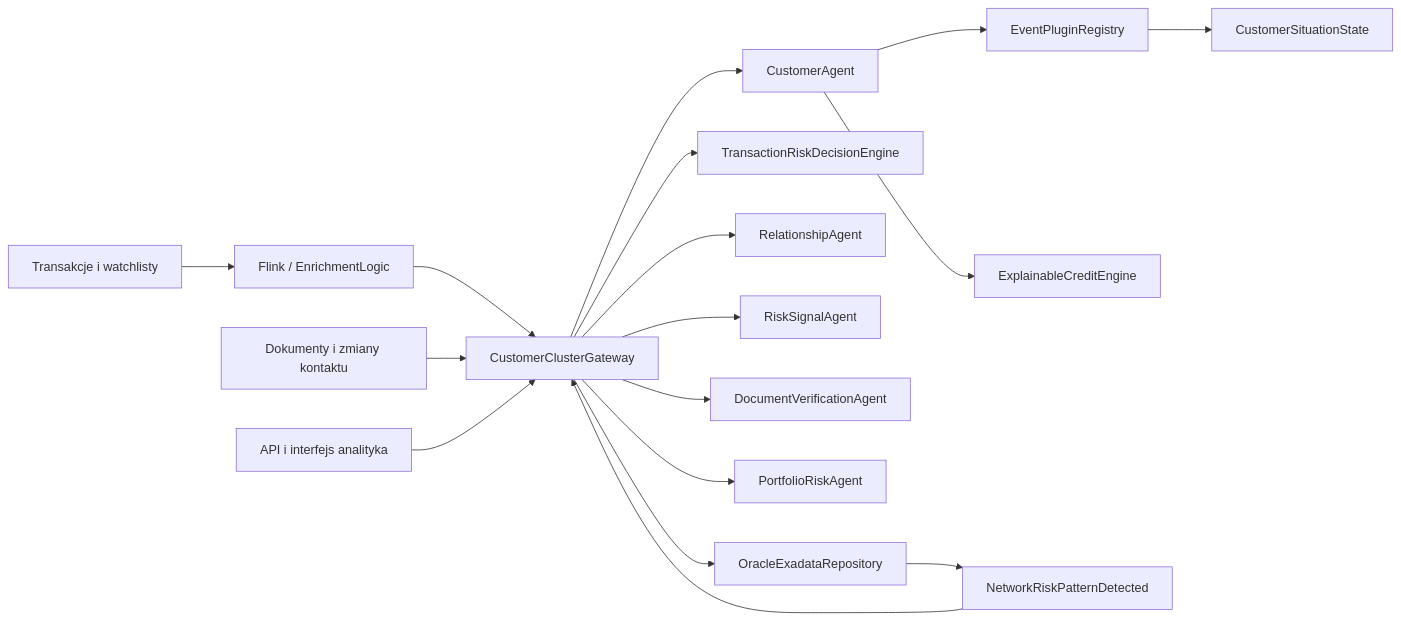
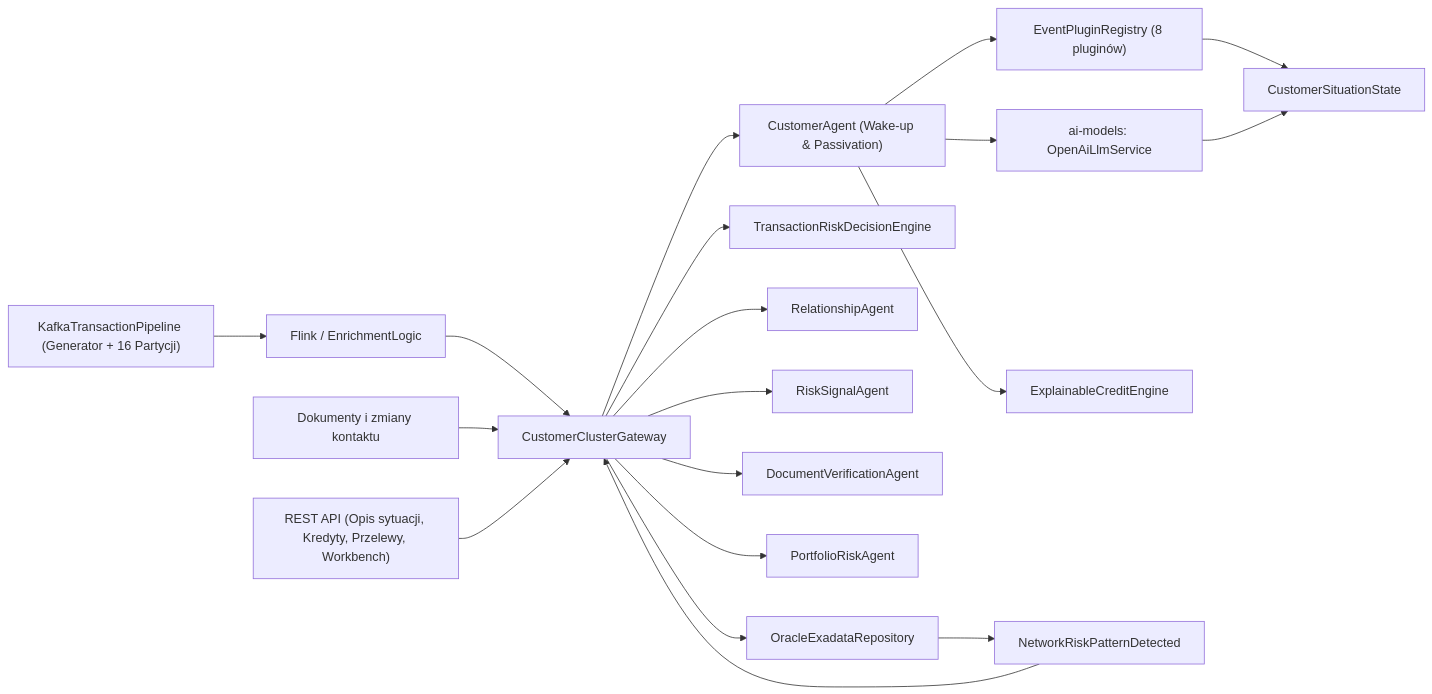
Before and after one commit to kkaduk/CustAgents: the first of 4 diagrams in Doc/Arch4+1Description.md, drawn with Mermaid. The commit also changed other lines of this file, not shown here.

````diff
--- a/Doc/Arch4+1Description.md
+++ b/Doc/Arch4+1Description.md
@@ -19,22 +19,24 @@
 ```mermaid
 flowchart LR
-    Raw["Transakcje i watchlisty"] --> Enrich["Flink / EnrichmentLogic"]
+    KafkaGen["KafkaTransactionPipeline (Generator + 16 Partycji)"] --> Enrich["Flink / EnrichmentLogic"]
     Enrich --> Gateway["CustomerClusterGateway"]
     Docs["Dokumenty i zmiany kontaktu"] --> Gateway
-    API["API i interfejs analityka"] --> Gateway
+    API["REST API (Opis sytuacji, Kredyty, Przelewy, Workbench)"] --> Gateway
 
-    Gateway --> Customer["CustomerAgent"]
-    Customer --> Plugins["EventPluginRegistry"]
+    Gateway --> Customer["CustomerAgent (Wake-up & Passivation)"]
+    Customer --> Plugins["EventPluginRegistry (8 pluginów)"]
     Plugins --> State["CustomerSituationState"]
+    Customer --> LLM["ai-models: OpenAiLlmService"]
+    LLM --> State
     Customer --> Credit["ExplainableCreditEngine"]
     Gateway --> Payment["TransactionRiskDecisionEngine"]
 
     Gateway --> Relation["RelationshipAgent"]
     Gateway --> Signal["RiskSignalAgent"]
     Gateway --> Document["DocumentVerificationAgent"]
     Gateway --> Portfolio["PortfolioRiskAgent"]
 
     Gateway --> Oracle["OracleExadataRepository"]
     Oracle --> Patterns["NetworkRiskPatternDetected"]
     Patterns --> Gateway
 ```
````
